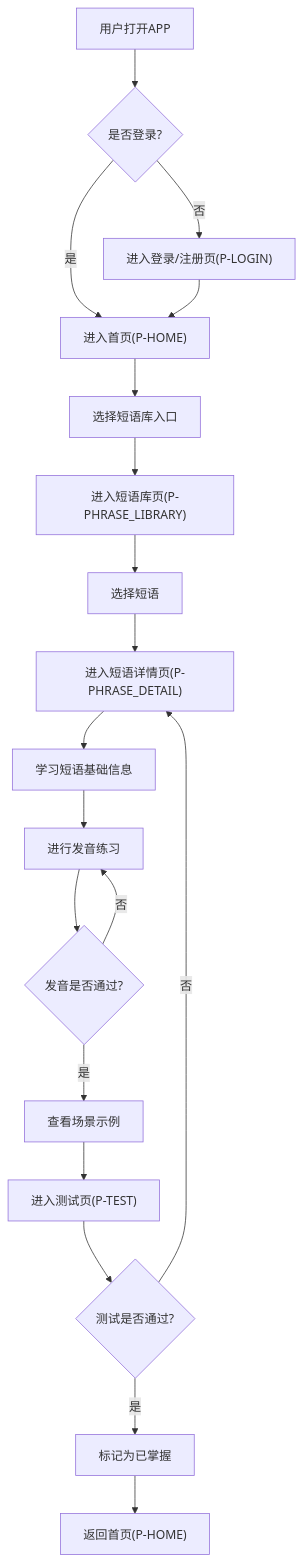
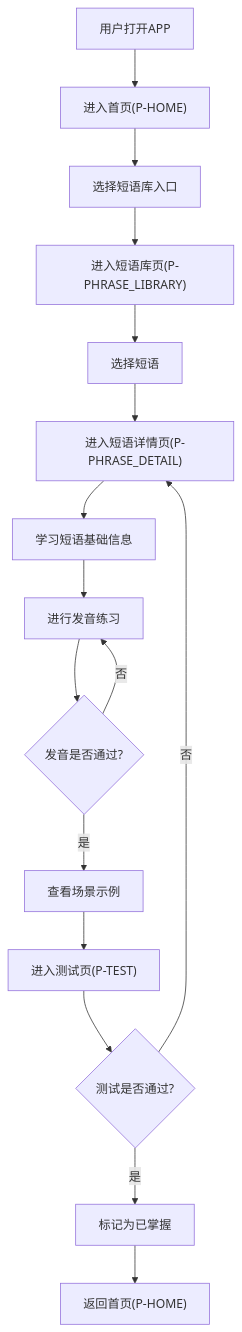
One commit to d342784178/kouyu changed the second of 4 diagrams in demands/v2/需求文档_全量.md. Above: the diagram before and after it, drawn with Mermaid. The commit also changed other lines of this file and 13 other files, not shown here.

````diff
--- a/demands/v2/需求文档_全量.md
+++ b/demands/v2/需求文档_全量.md
@@ -158,23 +164,19 @@
 ```mermaid
 graph TD
-    A["用户打开APP"] --> B{"是否登录?"}
-    B -- 是 --> C["进入首页(P-HOME)"]
-    B -- 否 --> D["进入登录/注册页(P-LOGIN)"]
-    D --> C
+    A["用户打开APP"] --> B["进入首页(P-HOME)"]
+    B --> C["选择短语库入口"]
+    C --> D["进入短语库页(P-PHRASE_LIBRARY)"]
+    D --> E["选择短语"]
+    E --> F["进入短语详情页(P-PHRASE_DETAIL)"]
 
-    C --> E["选择短语库入口"]
-    E --> F["进入短语库页(P-PHRASE_LIBRARY)"]
-    F --> G["选择短语"]
-    G --> H["进入短语详情页(P-PHRASE_DETAIL)"]
-
-    H --> I["学习短语基础信息"]
-    I --> J["进行发音练习"]
-    J --> K{"发音是否通过?"}
-    K -- 否 --> J
-    K -- 是 --> L["查看场景示例"]
-    L --> M["进入测试页(P-TEST)"]
-    M --> N{"测试是否通过?"}
-    N -- 否 --> H
-    N -- 是 --> O["标记为已掌握"]
-    O --> P["返回首页(P-HOME)"]
+    F --> G["学习短语基础信息"]
+    G --> H["进行发音练习"]
+    H --> I{"发音是否通过?"}
+    I -- 否 --> H
+    I -- 是 --> J["查看场景示例"]
+    J --> K["进入测试页(P-TEST)"]
+    K --> L{"测试是否通过?"}
+    L -- 否 --> F
+    L -- 是 --> M["标记为已掌握"]
+    M --> N["返回首页(P-HOME)"]
 ```
````
